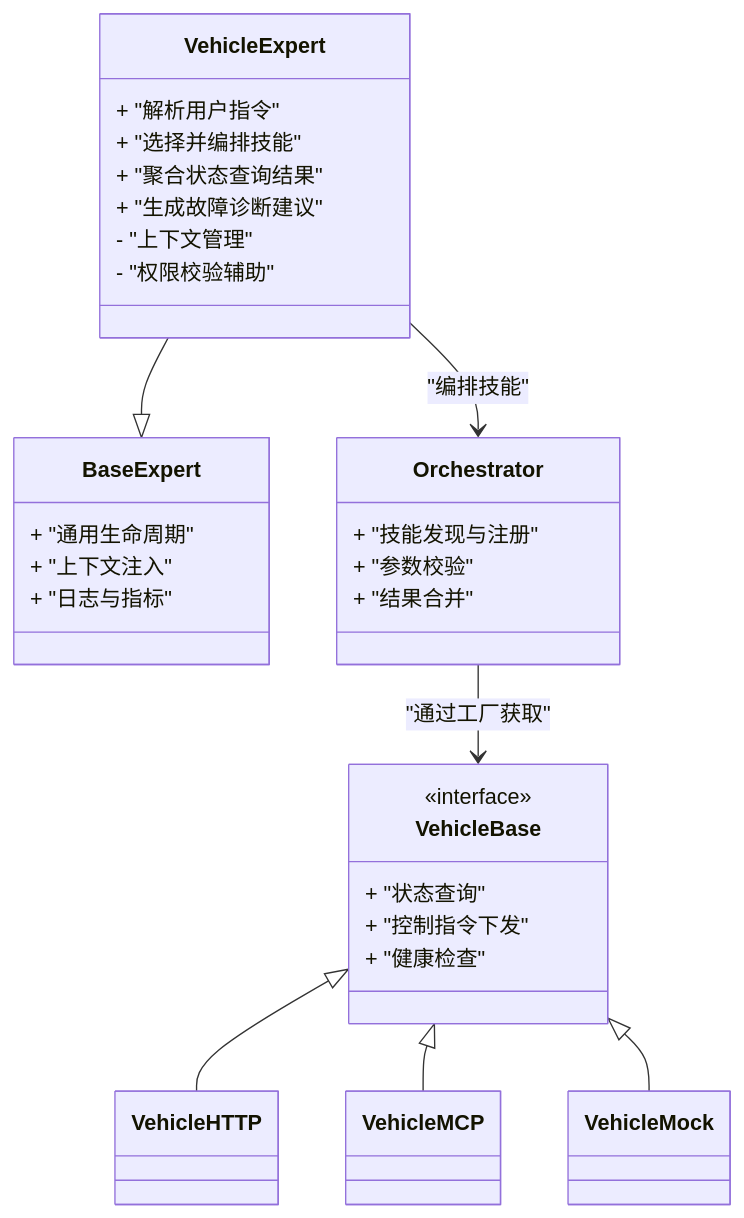
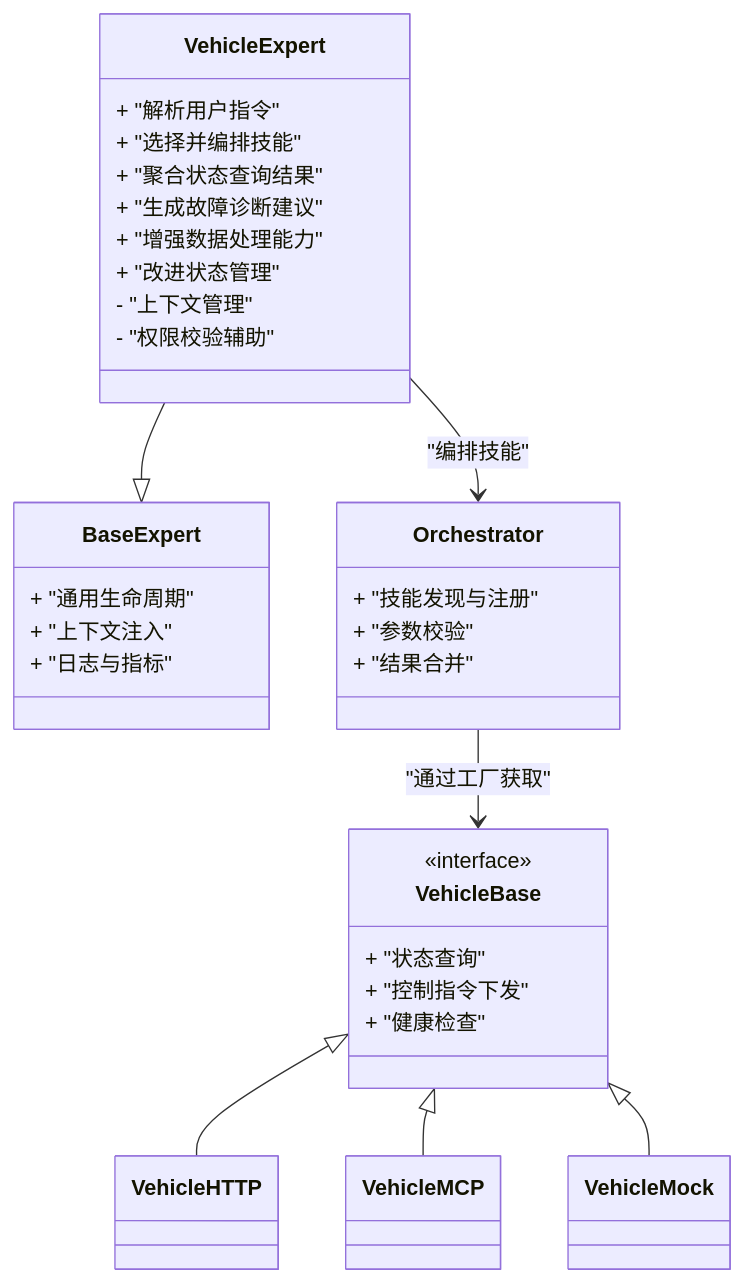
Before and after one commit to zmdhdu/NexusCockpit: the third of 6 diagrams in .qoder/repowiki/zh/content/项目概述/核心特性/多专家AI助手系统/专家系统架构/车辆专家实现.md, drawn with Mermaid. The commit also changed other lines of this file and 16 other files, not shown here.

````diff
--- a/.qoder/repowiki/zh/content/项目概述/核心特性/多专家AI助手系统/专家系统架构/车辆专家实现.md
+++ b/.qoder/repowiki/zh/content/项目概述/核心特性/多专家AI助手系统/专家系统架构/车辆专家实现.md
@@ -218,36 +233,38 @@
 ```mermaid
 classDiagram
 class VehicleExpert {
 + "解析用户指令"
 + "选择并编排技能"
 + "聚合状态查询结果"
 + "生成故障诊断建议"
++ "增强数据处理能力"
++ "改进状态管理"
 - "上下文管理"
 - "权限校验辅助"
 }
 class BaseExpert {
 + "通用生命周期"
 + "上下文注入"
 + "日志与指标"
 }
 class Orchestrator {
 + "技能发现与注册"
 + "参数校验"
 + "结果合并"
 }
 class VehicleBase {
 <<interface>>
 + "状态查询"
 + "控制指令下发"
 + "健康检查"
 }
 class VehicleHTTP
 class VehicleMCP
 class VehicleMock
 VehicleExpert --|> BaseExpert
 VehicleExpert --> Orchestrator : "编排技能"
 Orchestrator --> VehicleBase : "通过工厂获取"
 VehicleBase <|-- VehicleHTTP
 VehicleBase <|-- VehicleMCP
 VehicleBase <|-- VehicleMock
 ```
````
